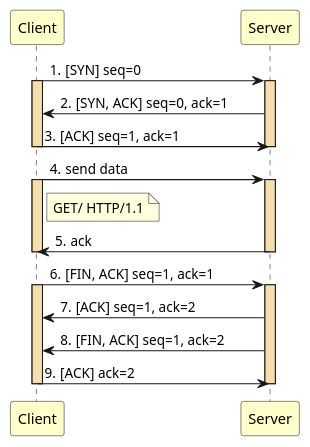
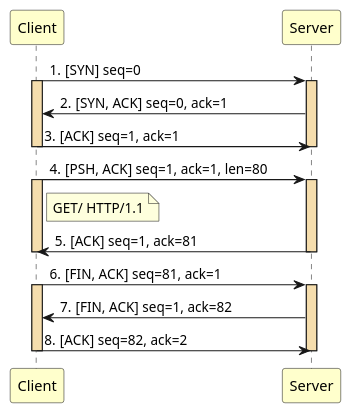
The diagram in wireshark/http.puml (JianLiu666/LearningNote-Linux), drawn with PlantUML before and after one commit. The commit also changed 7 other files, not shown here.

```diff
--- a/wireshark/http.puml
+++ b/wireshark/http.puml
@@ -1,44 +1,42 @@
 @startuml http
 
-skinparam ParticipantPadding 80
+skinparam ParticipantPadding 100
 skinparam BoxPadding 10
 
 participant "Client" as client #BUSINESS
 participant "Server" as server #BUSINESS
 
 autonumber "0."
 
 client -> server : [SYN] seq=0
 activate client #F5DDAD
 activate server #F5DDAD
 
 server -> client : [SYN, ACK] seq=0, ack=1
 
 client -> server : [ACK] seq=1, ack=1
 deactivate client
 deactivate server
 
-client -> server : send data
+client -> server : [PSH, ACK] seq=1, ack=1, len=80
 activate client #F5DDAD
 activate server #F5DDAD
 note right of client
     GET/ HTTP/1.1
 end note
 
-server -> client : ack
+server -> client : [ACK] seq=1, ack=81
 deactivate client
 deactivate server
 
-client -> server : [FIN, ACK] seq=1, ack=1
+client -> server : [FIN, ACK] seq=81, ack=1
 activate client #F5DDAD
 activate server #F5DDAD
 
-server -> client : [ACK] seq=1, ack=2
+server -> client : [FIN, ACK] seq=1, ack=82
 
-server -> client : [FIN, ACK] seq=1, ack=2
-
-client -> server : [ACK] ack=2
+client -> server : [ACK] seq=82, ack=2
 deactivate client
 deactivate server
 
 @enduml
```
